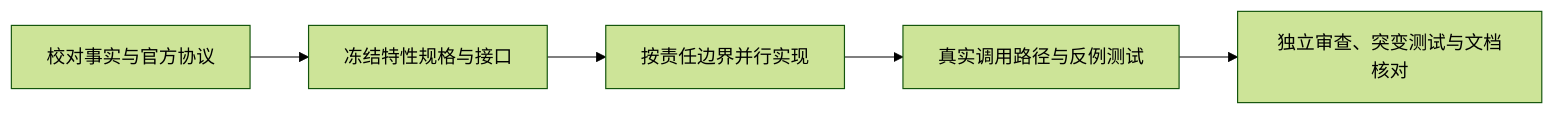
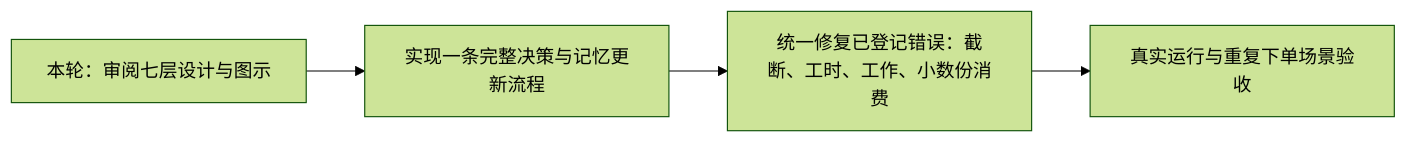
Before and after one commit to HoldThatThgt/WorldMock: the fourth of 4 diagrams in docs/dev/PROPOSAL-decision-context.md, drawn with Mermaid (forest theme). The commit also changed other lines of this file and 11 other files, not shown here.

````diff
--- a/docs/dev/PROPOSAL-decision-context.md
+++ b/docs/dev/PROPOSAL-decision-context.md
@@ -105,7 +256,6 @@
 ```mermaid
 flowchart LR
-    S[校对事实与官方协议] --> F[冻结特性规格与接口]
-    F --> I[按责任边界并行实现]
-    I --> T[真实调用路径与反例测试]
-    T --> R[独立审查、突变测试与文档核对]
+    A[本轮：审阅七层设计与图示] --> B[实现一条完整决策与记忆更新流程]
+    B --> C[统一修复已登记错误：截断、工时、工作、小数份消费]
+    C --> D[真实运行与重复下单场景验收]
 ```
````
